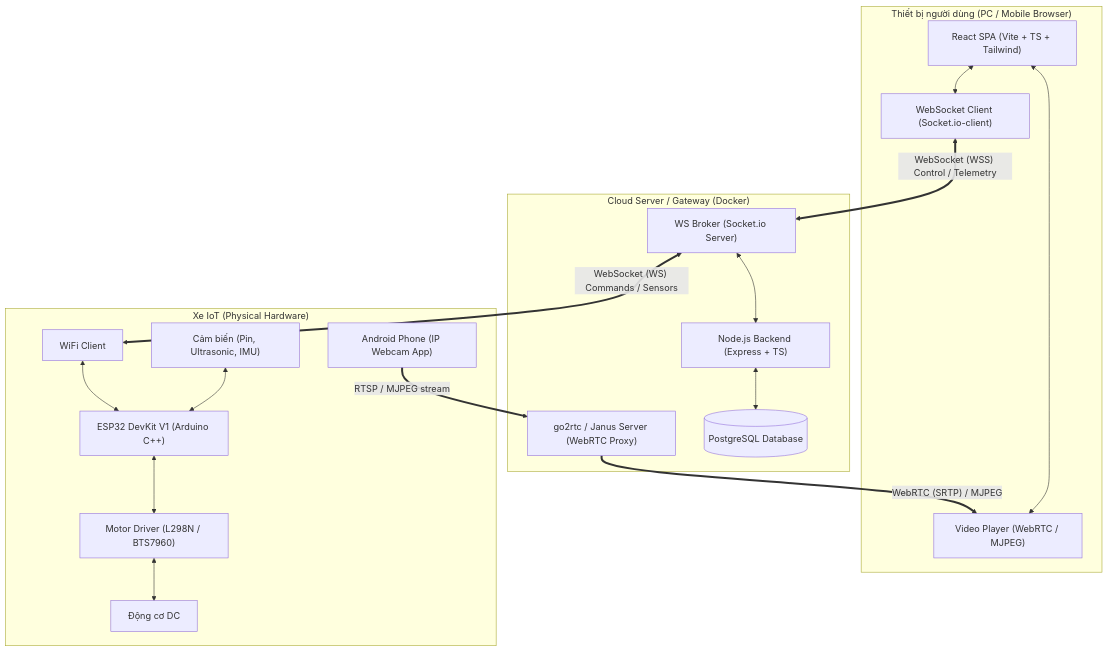
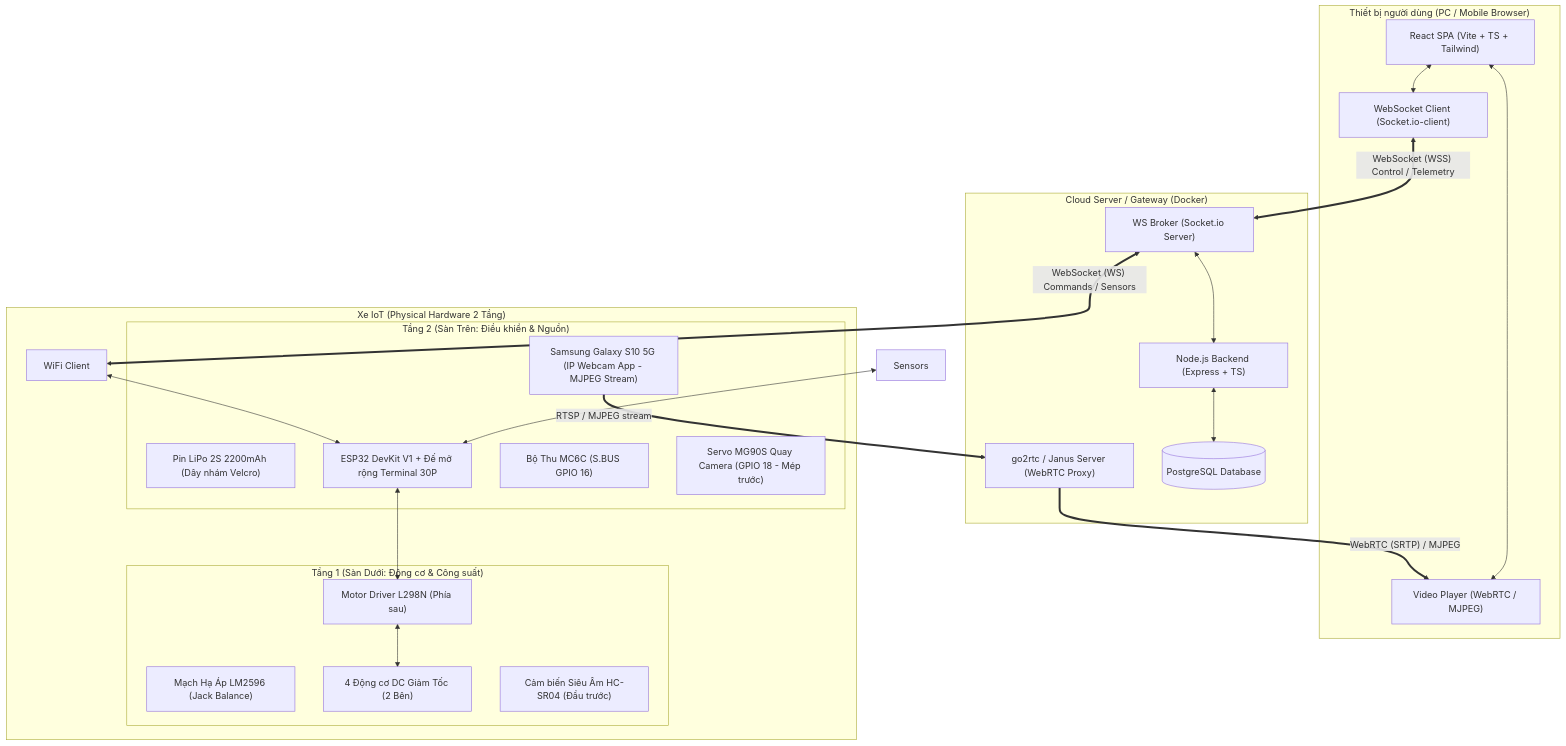
Before and after one commit to anlangley/esp32: the first of 4 diagrams in kế_hoạch/system_architecture.md, drawn with Mermaid. The commit also changed 1574 other files, not shown here.

````diff
--- a/kế_hoạch/system_architecture.md
+++ b/kế_hoạch/system_architecture.md
@@ -13,42 +13,50 @@
 ```mermaid
 graph TB
     subgraph Client ["Thiết bị người dùng (PC / Mobile Browser)"]
         UI["React SPA (Vite + TS + Tailwind)"]
         WSClient["WebSocket Client (Socket.io-client)"]
         CamPlayer["Video Player (WebRTC / MJPEG)"]
     end
 
     subgraph CloudServer ["Cloud Server / Gateway (Docker)"]
         Backend["Node.js Backend (Express + TS)"]
         WSBroker["WS Broker (Socket.io Server)"]
         MediaServer["go2rtc / Janus Server (WebRTC Proxy)"]
         DB[(PostgreSQL Database)]
     end
 
-    subgraph Hardware ["Xe IoT (Physical Hardware)"]
-        ESP32["ESP32 DevKit V1 (Arduino C++)"]
+    subgraph Hardware ["Xe IoT (Physical Hardware 2 Tầng)"]
+        subgraph Tier2 ["Tầng 2 (Sàn Trên: Điều khiển & Nguồn)"]
+            LiPo["Pin LiPo 2S 2200mAh (Dây nhám Velcro)"]
+            ESP32["ESP32 DevKit V1 + Đế mở rộng Terminal 30P"]
+            Receiver["Bộ Thu MC6C (S.BUS GPIO 16)"]
+            ServoCam["Servo MG90S Quay Camera (GPIO 18 - Mép trước)"]
+            AndroidCam["Samsung Galaxy S10 5G (IP Webcam App - MJPEG Stream)"]
+        end
+        subgraph Tier1 ["Tầng 1 (Sàn Dưới: Động cơ & Công suất)"]
+            MotorDriver["Motor Driver L298N (Phía sau)"]
+            LM2596["Mạch Hạ Áp LM2596 (Jack Balance)"]
+            Motors["4 Động cơ DC Giảm Tốc (2 Bên)"]
+            Ultrasonic["Cảm biến Siêu Âm HC-SR04 (Đầu trước)"]
+        end
         WiFi["WiFi Client"]
-        MotorDriver["Motor Driver (L298N / BTS7960)"]
-        Motors["Động cơ DC"]
-        Sensors["Cảm biến (Pin, Ultrasonic, IMU)"]
-        AndroidCam["Android Phone (IP Webcam App)"]
     end
 
     %% Luồng điều khiển & Dữ liệu trạng thái
     UI <--> WSClient
     WSClient <==>|"WebSocket (WSS) Control / Telemetry"| WSBroker
     WSBroker <--> Backend
     Backend <--> DB
 
     %% Kết nối ESP32
     WSBroker <==>|"WebSocket (WS) Commands / Sensors"| WiFi
     WiFi <--> ESP32
     ESP32 <--> MotorDriver
     MotorDriver <--> Motors
     Sensors <--> ESP32
 
     %% Luồng Video
     AndroidCam ==>|"RTSP / MJPEG stream"| MediaServer
     MediaServer ==>|"WebRTC (SRTP) / MJPEG"| CamPlayer
     UI <--> CamPlayer
 ```
````
